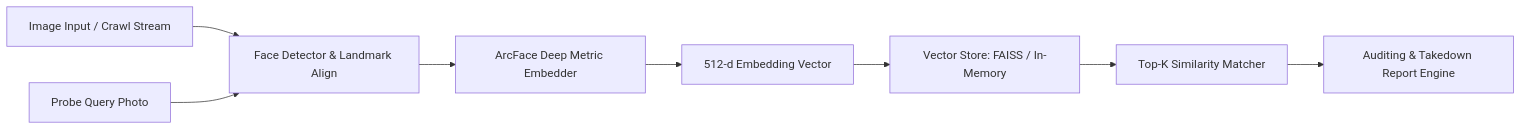
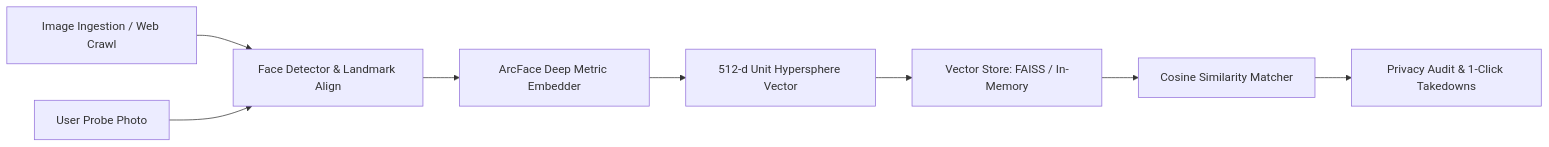
Before and after one commit to itthj/desertfox: the diagram in README.md, drawn with Mermaid. The commit also changed other lines of this file and 11 other files, not shown here.

````diff
--- a/README.md
+++ b/README.md
@@ -26,10 +28,10 @@
 ```mermaid
 graph LR
-    A[Image Input / Crawl Stream] --> B[Face Detector & Landmark Align]
+    A[Image Ingestion / Web Crawl] --> B[Face Detector & Landmark Align]
     B --> C[ArcFace Deep Metric Embedder]
-    C --> D[512-d Embedding Vector]
+    C --> D[512-d Unit Hypersphere Vector]
     D --> E[Vector Store: FAISS / In-Memory]
-    F[Probe Query Photo] --> B
-    E --> G[Top-K Similarity Matcher]
-    G --> H[Auditing & Takedown Report Engine]
+    F[User Probe Photo] --> B
+    E --> G[Cosine Similarity Matcher]
+    G --> H[Privacy Audit & 1-Click Takedowns]
 ```
````
